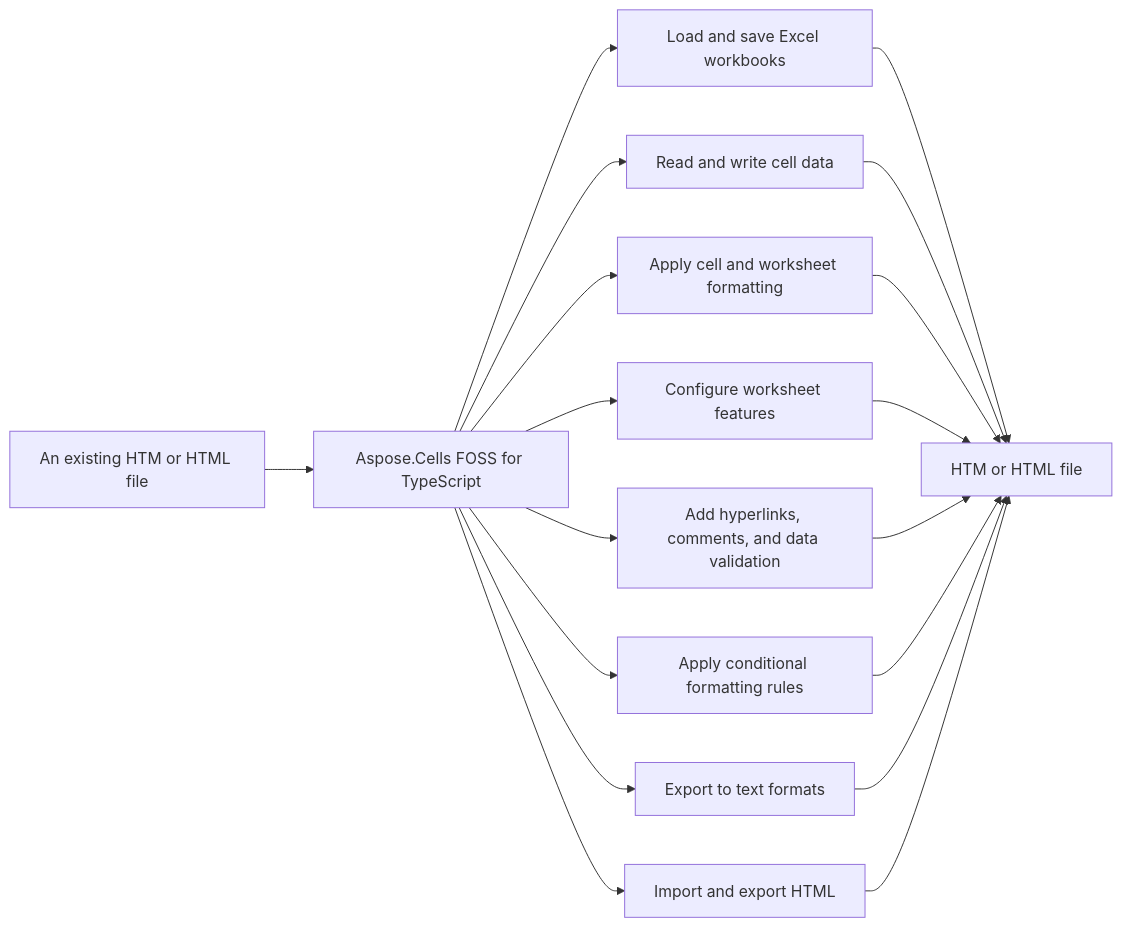
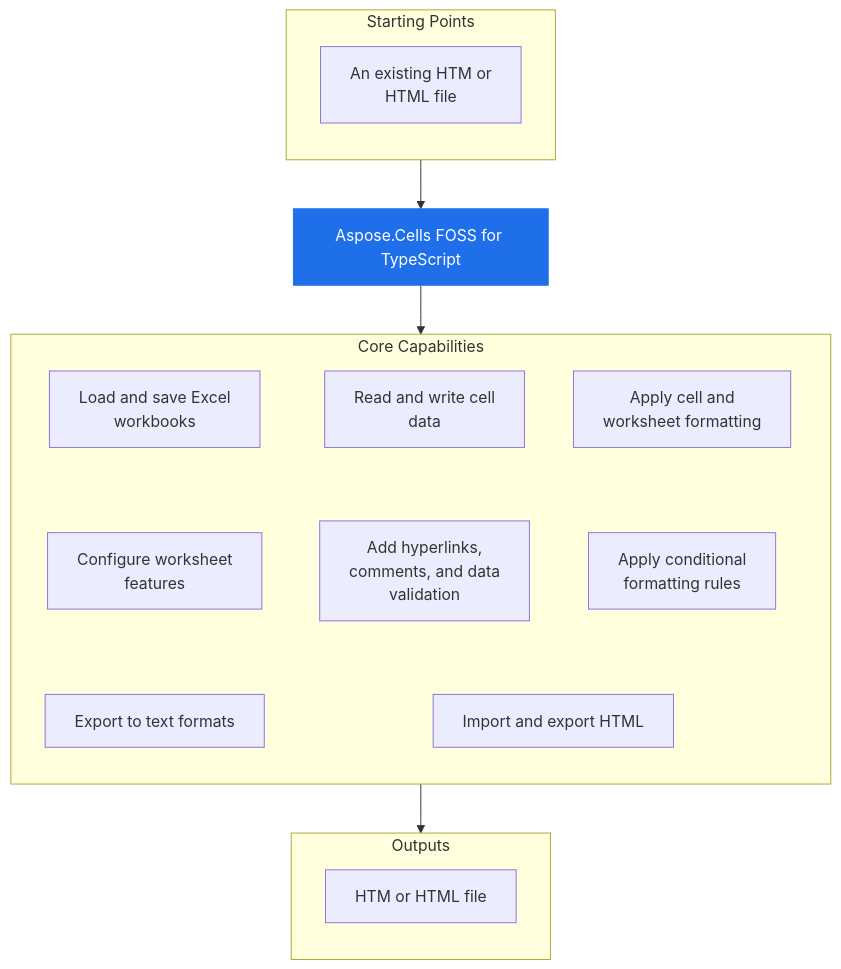
The diagram in fc186507e5b7124f4664aa6035f25cfd3112367d/README.md (babar-raza/repo-presenter), drawn with Mermaid before and after one commit. The commit also changed other lines of this file and 7 other files, not shown here.

Commit message:
bundle: aspose-cells-foss/Aspose.Cells-FOSS-for-TypeScript lane R fc186507e5b7124f4664aa6035f25cfd3112367d

````diff
--- a/fc186507e5b7124f4664aa6035f25cfd3112367d/README.md
+++ b/fc186507e5b7124f4664aa6035f25cfd3112367d/README.md
@@ -31,28 +31,32 @@
 ```mermaid
-flowchart LR
-Start["An existing HTM or HTML file"]
-Start --> Product["Aspose.Cells FOSS for TypeScript"]
-Product["Aspose.Cells FOSS for TypeScript"] --> Cap1["Load and save Excel workbooks"]
-Cap2["Read and write cell data"]
-Cap3["Apply cell and worksheet formatting"]
-Cap4["Configure worksheet features"]
-Cap5["Add hyperlinks, comments, and data validation"]
-Cap6["Apply conditional formatting rules"]
-Cap7["Export to text formats"]
-Cap8["Import and export HTML"]
-Product["Aspose.Cells FOSS for TypeScript"] --> Cap2["Read and write cell data"]
-Product["Aspose.Cells FOSS for TypeScript"] --> Cap3["Apply cell and worksheet formatting"]
-Product["Aspose.Cells FOSS for TypeScript"] --> Cap4["Configure worksheet features"]
-Product["Aspose.Cells FOSS for TypeScript"] --> Cap5["Add hyperlinks, comments, and data validation"]
-Product["Aspose.Cells FOSS for TypeScript"] --> Cap6["Apply conditional formatting rules"]
-Product["Aspose.Cells FOSS for TypeScript"] --> Cap7["Export to text formats"]
-Product["Aspose.Cells FOSS for TypeScript"] --> Cap8["Import and export HTML"]
-Cap1["Load and save Excel workbooks"] --> Output["HTM or HTML file"]
-Cap2["Read and write cell data"] --> Output["HTM or HTML file"]
-Cap3["Apply cell and worksheet formatting"] --> Output["HTM or HTML file"]
-Cap4["Configure worksheet features"] --> Output["HTM or HTML file"]
-Cap5["Add hyperlinks, comments, and data validation"] --> Output["HTM or HTML file"]
-Cap6["Apply conditional formatting rules"] --> Output["HTM or HTML file"]
-Cap7["Export to text formats"] --> Output["HTM or HTML file"]
-Cap8["Import and export HTML"] --> Output["HTM or HTML file"]
+flowchart TB
+  subgraph StartingPoints["Starting Points"]
+    direction TB
+    i1["An existing HTM or<br/>HTML file"]
+  end
+  PRODUCT["Aspose.Cells FOSS for TypeScript"]
+  subgraph Capabilities["Core Capabilities"]
+    direction TB
+    c1["Load and save Excel<br/>workbooks"]
+    c2["Read and write cell<br/>data"]
+    c3["Apply cell and<br/>worksheet formatting"]
+    c4["Configure worksheet<br/>features"]
+    c5["Add hyperlinks,<br/>comments, and data<br/>validation"]
+    c6["Apply conditional<br/>formatting rules"]
+    c7["Export to text formats"]
+    c8["Import and export HTML"]
+    c1 ~~~ c4
+    c2 ~~~ c5
+    c3 ~~~ c6
+    c4 ~~~ c7
+    c5 ~~~ c8
+    c6 ~~~ c8
+  end
+  subgraph Outputs["Outputs"]
+    direction TB
+    o1["HTM or HTML file"]
+  end
+  StartingPoints --> PRODUCT --> Capabilities --> Outputs
+  classDef product fill:#1f6feb,stroke:#1f6feb,color:#ffffff
+  class PRODUCT product
 ```
````
